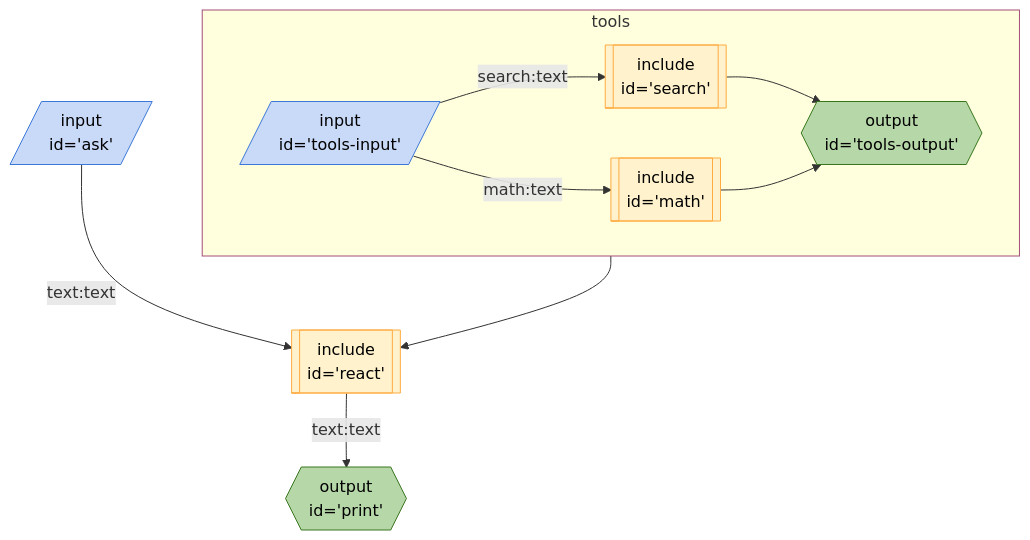
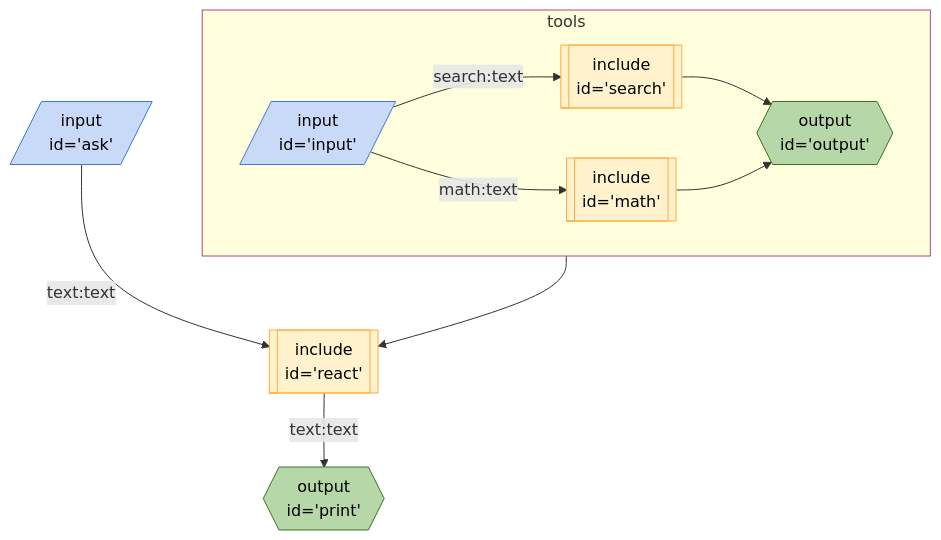
Before and after one commit to breadboard-ai/breadboard: the diagram in seeds/graph-playground/docs/graphs/call-react-with-slot.md, drawn with Mermaid. The commit also changed 2 other files, not shown here.

Commit message:
[graph-playground] Use full graph syncax for slotted subgraphs.

````diff
--- a/seeds/graph-playground/docs/graphs/call-react-with-slot.md
+++ b/seeds/graph-playground/docs/graphs/call-react-with-slot.md
@@ -4,32 +4,32 @@
 ```mermaid
 %%{init: {'themeVariables': { 'fontFamily': 'Fira Code, monospace' }}}%%
 graph TD;
 ask[/"input
 id='ask'"/]:::input -- text:text --> react[["include
 id='react'"]]:::include
 react[["include
 id='react'"]]:::include -- text:text --> print{{"output
 id='print'"}}:::output
 subgraph tools
-tools-input[/"input
-id='tools-input'"/]:::input -- math:text --> math[["include
+input[/"input
+id='input'"/]:::input -- math:text --> math[["include
 id='math'"]]:::include
-tools-input[/"input
-id='tools-input'"/]:::input -- search:text --> search[["include
+input[/"input
+id='input'"/]:::input -- search:text --> search[["include
 id='search'"]]:::include
 search[["include
-id='search'"]]:::include --> tools-output{{"output
-id='tools-output'"}}:::output
+id='search'"]]:::include --> output{{"output
+id='output'"}}:::output
 math[["include
-id='math'"]]:::include --> tools-output{{"output
-id='tools-output'"}}:::output
+id='math'"]]:::include --> output{{"output
+id='output'"}}:::output
 end
 tools:::slotted --> react
 
 classDef default stroke:#ffab40,fill:#fff2ccff,color:#000
 classDef input stroke:#3c78d8,fill:#c9daf8ff,color:#000
 classDef output stroke:#38761d,fill:#b6d7a8ff,color:#000
 classDef passthrough stroke:#a64d79,fill:#ead1dcff,color:#000
 classDef slot stroke:#a64d79,fill:#ead1dcff,color:#000
 classDef slotted stroke:#a64d79
 ```
````
